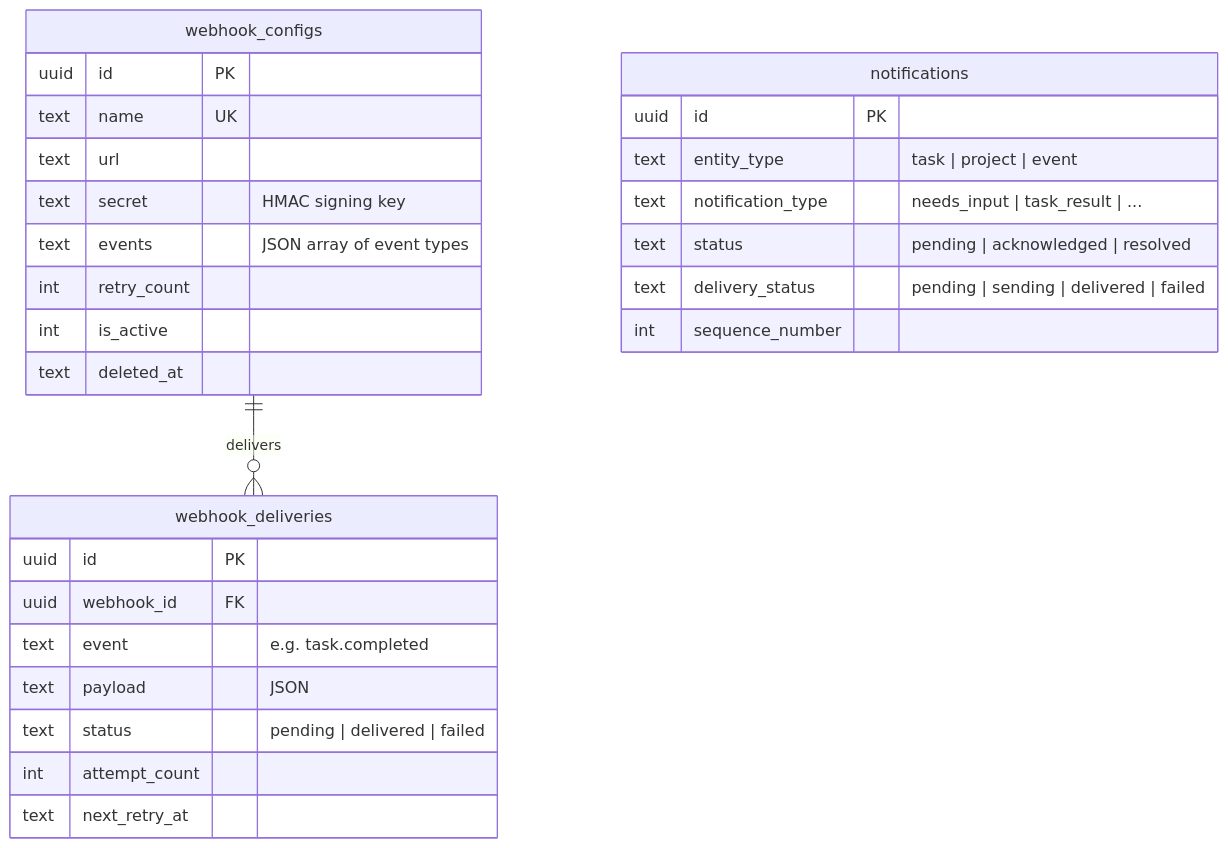
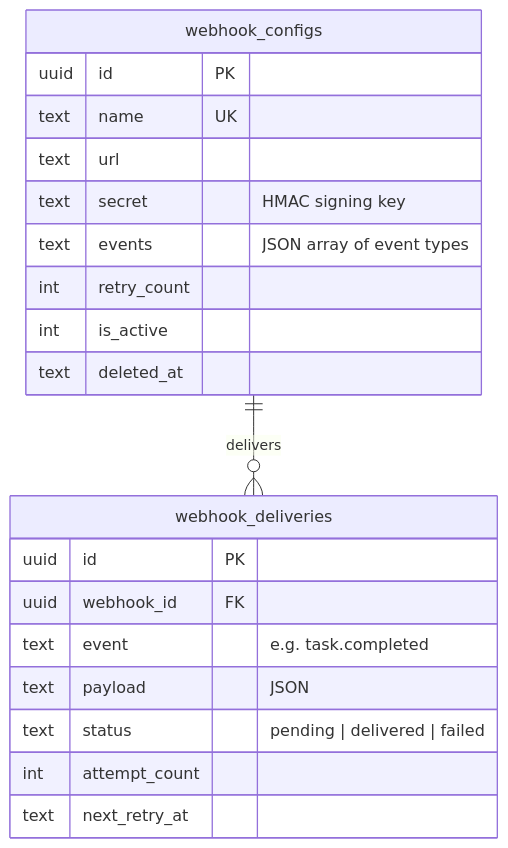
The tenth of 10 diagrams in docs/datamodel.md (mike-crabcat/bob), drawn with Mermaid before and after one commit. The commit also changed other lines of this file and 16 other files, not shown here.

````diff
--- a/docs/datamodel.md
+++ b/docs/datamodel.md
@@ -639,32 +611,24 @@
 ```mermaid
 erDiagram
     webhook_configs ||--o{ webhook_deliveries : "delivers"
 
     webhook_configs {
         uuid id PK
         text name UK
         text url
         text secret "HMAC signing key"
         text events "JSON array of event types"
         int retry_count
         int is_active
         text deleted_at
     }
     webhook_deliveries {
         uuid id PK
         uuid webhook_id FK
         text event "e.g. task.completed"
         text payload "JSON"
         text status "pending | delivered | failed"
         int attempt_count
         text next_retry_at
     }
-    notifications {
-        uuid id PK
-        text entity_type "task | project | event"
-        text notification_type "needs_input | task_result | ..."
-        text status "pending | acknowledged | resolved"
-        text delivery_status "pending | sending | delivered | failed"
-        int sequence_number
-    }
 ```
````
